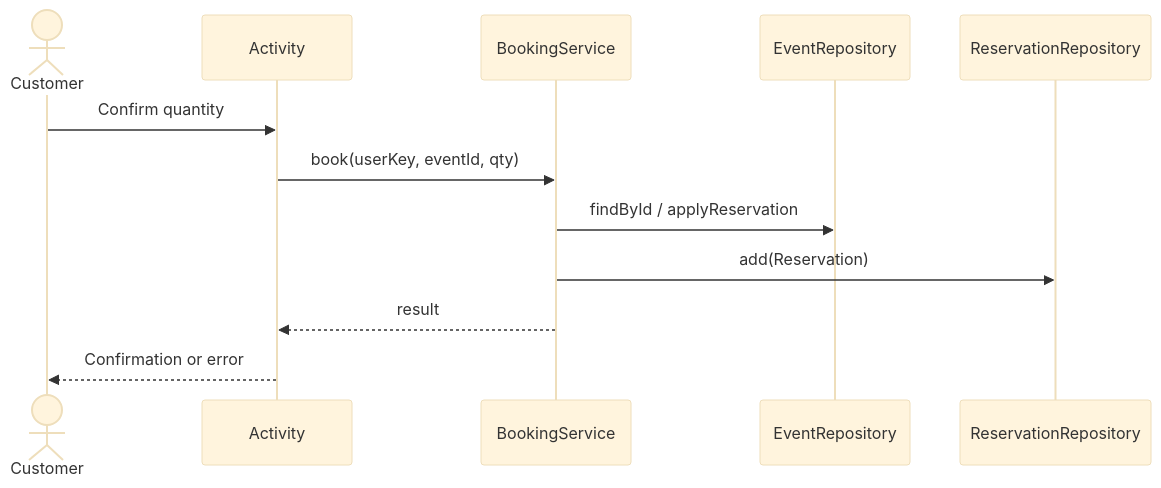
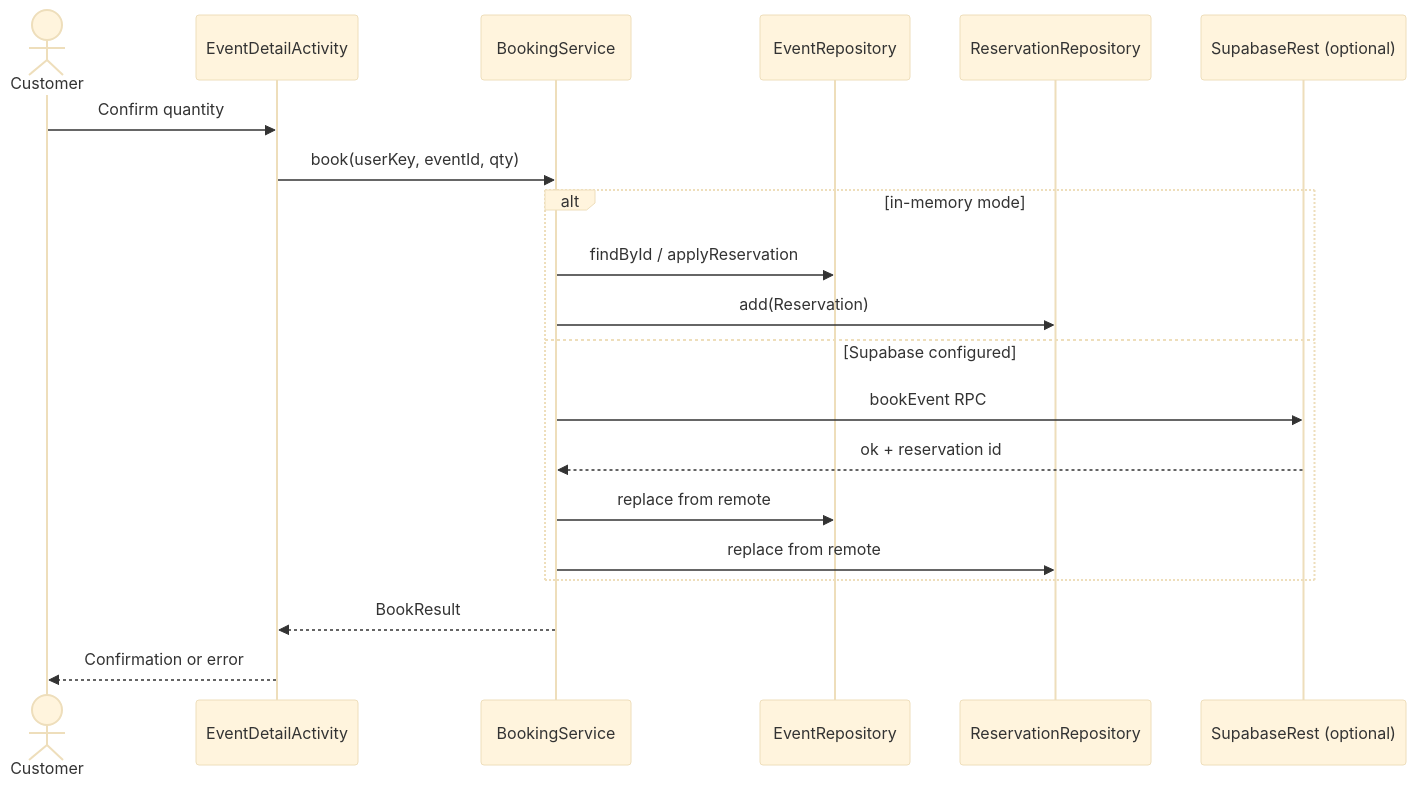
One commit to hugogv12/SOEN345-TicketReservation changed the fifth of 8 diagrams in docs/DESIGN.md. Above: the diagram before and after it, drawn with Mermaid (base theme). The commit also changed other lines of this file and 45 other files, not shown here.

````diff
--- a/docs/DESIGN.md
+++ b/docs/DESIGN.md
@@ -218,15 +220,23 @@
 ```mermaid
 sequenceDiagram
   actor Customer
-  participant UI as Activity
+  participant UI as EventDetailActivity
   participant BS as BookingService
   participant ER as EventRepository
   participant RR as ReservationRepository
+  participant API as SupabaseRest (optional)
 
   Customer->>UI: Confirm quantity
   UI->>BS: book(userKey, eventId, qty)
-  BS->>ER: findById / applyReservation
-  BS->>RR: add(Reservation)
-  BS-->>UI: result
+  alt in-memory mode
+    BS->>ER: findById / applyReservation
+    BS->>RR: add(Reservation)
+  else Supabase configured
+    BS->>API: bookEvent RPC
+    API-->>BS: ok + reservation id
+    BS->>ER: replace from remote
+    BS->>RR: replace from remote
+  end
+  BS-->>UI: BookResult
   UI-->>Customer: Confirmation or error
 ```
````
